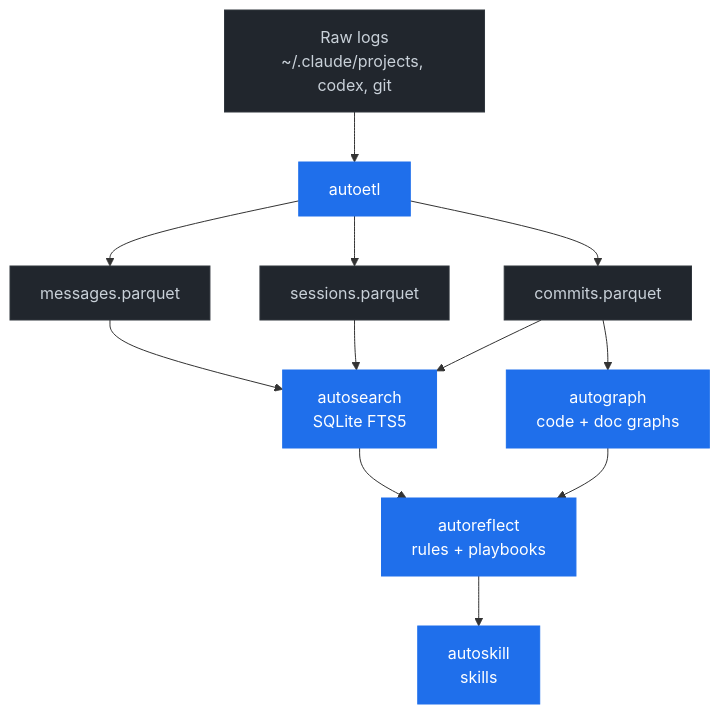
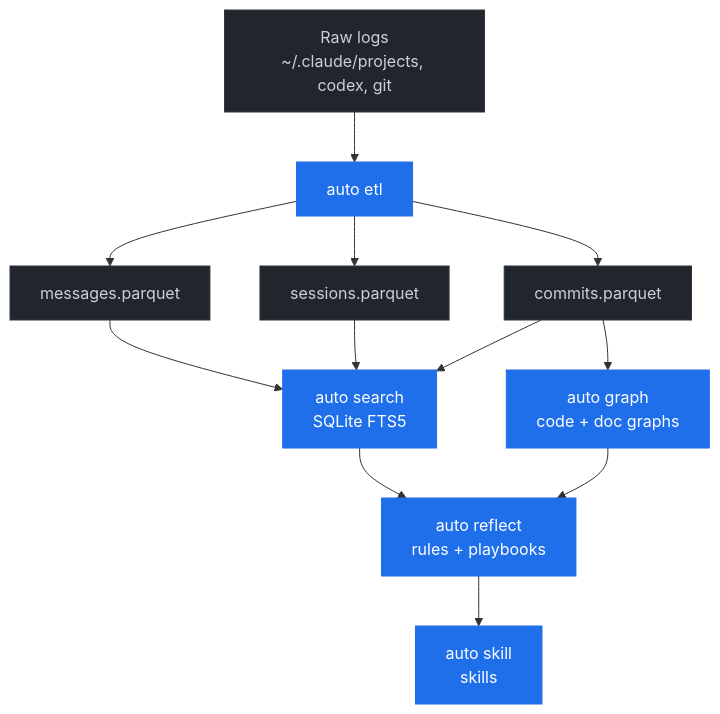
Before and after one commit to mistakenot/auto-stack: the second of 2 diagrams in README.md, drawn with Mermaid. The commit also changed other lines of this file and 20 other files, not shown here.

First line of the commit message:
docs(017): phase 5 - sweep README/CLAUDE.md/docs/skills to auto <tool>

````diff
--- a/README.md
+++ b/README.md
@@ -257,19 +259,19 @@
 ```mermaid
 flowchart TD
-    Raw[Raw logs<br/>~/.claude/projects, codex, git] --> Etl[autoetl]
+    Raw[Raw logs<br/>~/.claude/projects, codex, git] --> Etl[auto etl]
     Etl --> P1[messages.parquet]
     Etl --> P2[sessions.parquet]
     Etl --> P3[commits.parquet]
-    P1 --> Search[autosearch<br/>SQLite FTS5]
+    P1 --> Search[auto search<br/>SQLite FTS5]
     P2 --> Search
     P3 --> Search
-    P3 --> Graph[autograph<br/>code + doc graphs]
-    Search --> Reflect[autoreflect<br/>rules + playbooks]
+    P3 --> Graph[auto graph<br/>code + doc graphs]
+    Search --> Reflect[auto reflect<br/>rules + playbooks]
     Graph --> Reflect
-    Reflect --> Skill[autoskill<br/>skills]
+    Reflect --> Skill[auto skill<br/>skills]
 
     classDef storage fill:#21262d,stroke:#30363d,color:#c9d1d9;
     classDef tool fill:#1f6feb,stroke:#1f6feb,color:#fff;
     class Raw,P1,P2,P3 storage;
     class Etl,Search,Graph,Reflect,Skill tool;
 ```
````
